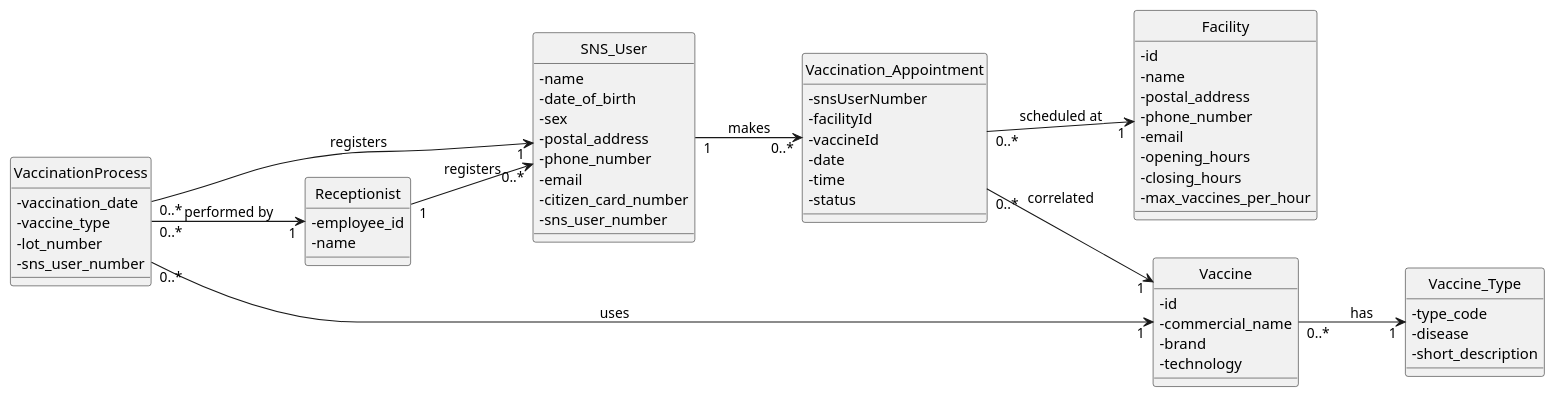
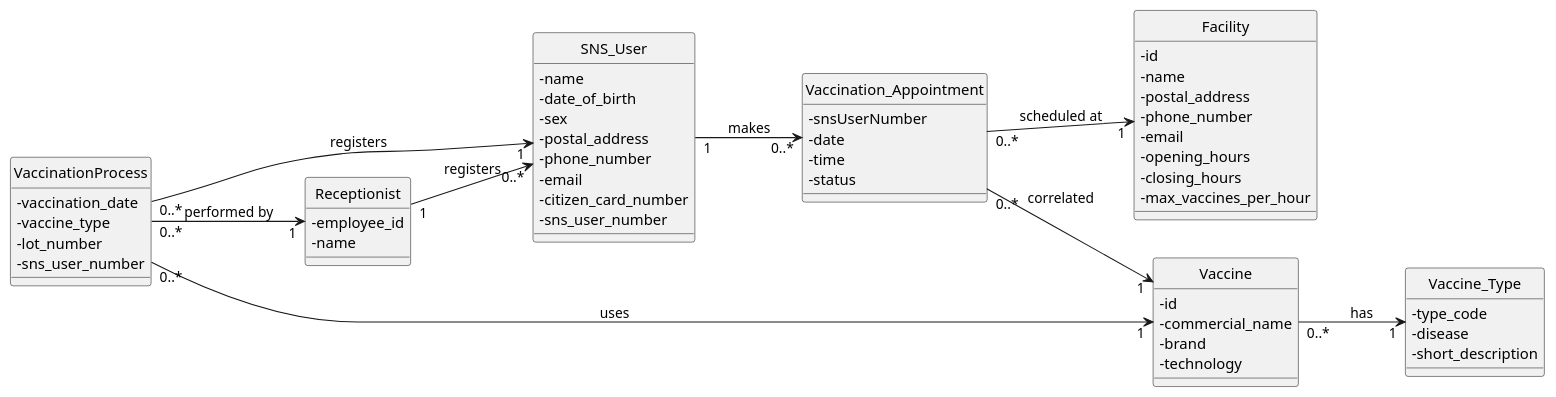
The diagram in docs/system-documentation/US21/puml/US21-MD.puml (Parafita123/leti-esoft-25-26-B1), drawn with PlantUML before and after one commit. The commit also changed 1 other file, not shown here.

```diff
--- a/docs/system-documentation/US21/puml/US21-MD.puml
+++ b/docs/system-documentation/US21/puml/US21-MD.puml
@@ -1,76 +1,74 @@
 @startuml
 'https://plantuml.com/class-diagram
 
 hide circle
 skinparam classAttributeIconSize 0
 left to right direction
 
 ' ==== ENTIDADES ====
 class SNS_User {
     -name
     -date_of_birth
     -sex
     -postal_address
     -phone_number
     -email
     -citizen_card_number
     -sns_user_number
 }
 
 class Receptionist {
     -employee_id
     -name
 }
 
 class Facility {
     -id
     -name
     -postal_address
     -phone_number
     -email
     -opening_hours
     -closing_hours
     -max_vaccines_per_hour
 }
 
 class Vaccine {
     -id
     -commercial_name
     -brand
     -technology
 }
 
 class Vaccine_Type {
     -type_code
     -disease
     -short_description
 }
 
 class Vaccination_Appointment {
     -snsUserNumber
-    -facilityId
-    -vaccineId
     -date
     -time
     -status
 }
 
 class VaccinationProcess {
     -vaccination_date
     -vaccine_type
     -lot_number
     -sns_user_number
 }
 
 ' ==== RELACIONAMENTOS ====
 Receptionist "1" --> "0..*" SNS_User : registers
 SNS_User "1" --> "0..*" Vaccination_Appointment : makes
 Vaccination_Appointment "0..*" --> "1" Vaccine : correlated
 Vaccination_Appointment "0..*" --> "1" Facility : scheduled at
 VaccinationProcess "0..*" --> "1" SNS_User : registers
 VaccinationProcess "0..*" --> "1" Vaccine : uses
 VaccinationProcess "0..*" --> "1" Receptionist : performed by
 
 Vaccine "0..*" --> "1" Vaccine_Type : has
 
 @enduml
```
